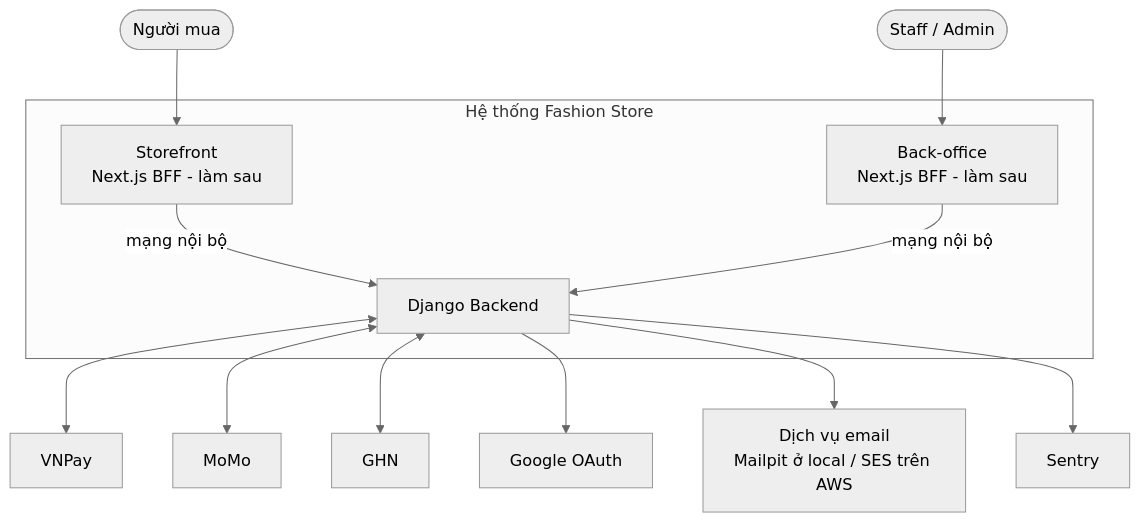
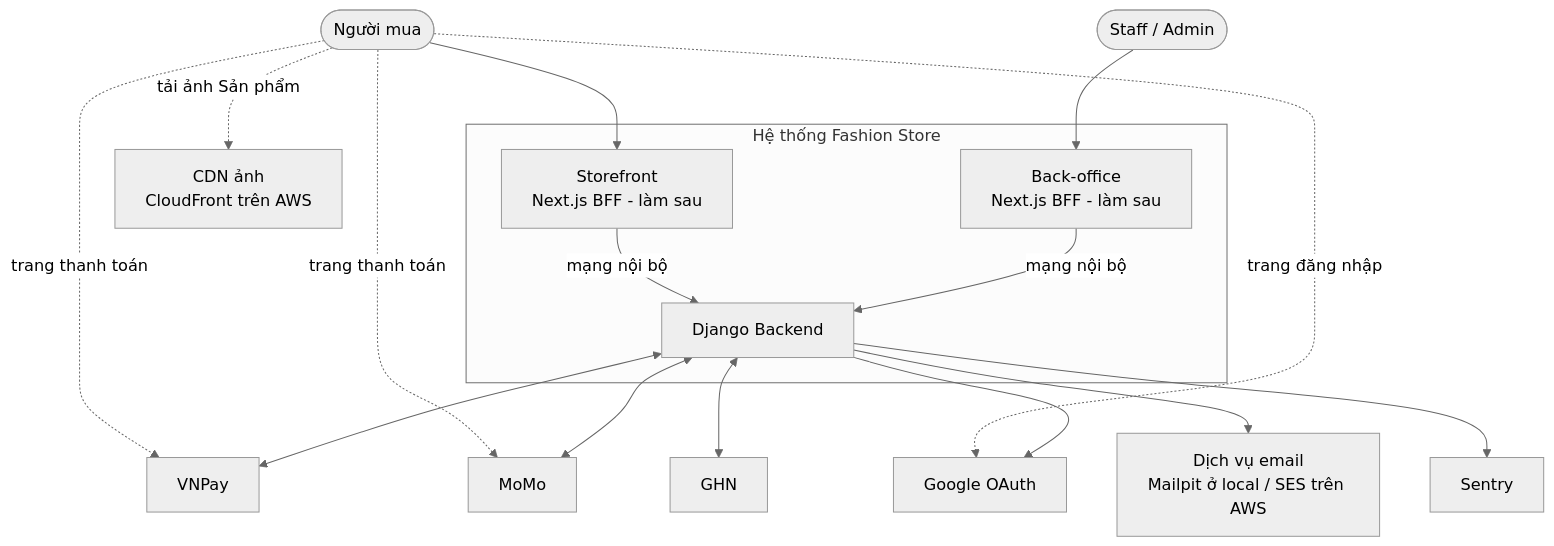
One commit to LuongCongThanh/boilerplate-ecommerce-next-16 changed the first of 4 diagrams in docs/architecture/01-system-context.md. Above: the diagram before and after it, drawn with Mermaid (neutral theme). The commit also changed other lines of this file and 1 other file, not shown here.

````diff
--- a/docs/architecture/01-system-context.md
+++ b/docs/architecture/01-system-context.md
@@ -7,29 +7,35 @@
 ```mermaid
 graph TB
     guest([Người mua])
     staff([Staff / Admin])
 
     subgraph system [Hệ thống Fashion Store]
         sf[Storefront<br/>Next.js BFF - làm sau]
         bo[Back-office<br/>Next.js BFF - làm sau]
         be[Django Backend]
     end
 
     vnpay[VNPay]
     momo[MoMo]
     ghn[GHN]
     google[Google OAuth]
     mail[Dịch vụ email<br/>Mailpit ở local / SES trên AWS]
     sentry[Sentry]
 
+    cdn[CDN ảnh<br/>CloudFront trên AWS]
+
     guest --> sf
+    guest -.->|trang thanh toán| vnpay
+    guest -.->|trang thanh toán| momo
+    guest -.->|trang đăng nhập| google
+    guest -.->|tải ảnh Sản phẩm| cdn
     staff --> bo
     sf -->|mạng nội bộ| be
     bo -->|mạng nội bộ| be
     be <--> vnpay
     be <--> momo
     be <--> ghn
     be --> google
     be --> mail
     be --> sentry
 ```
````
